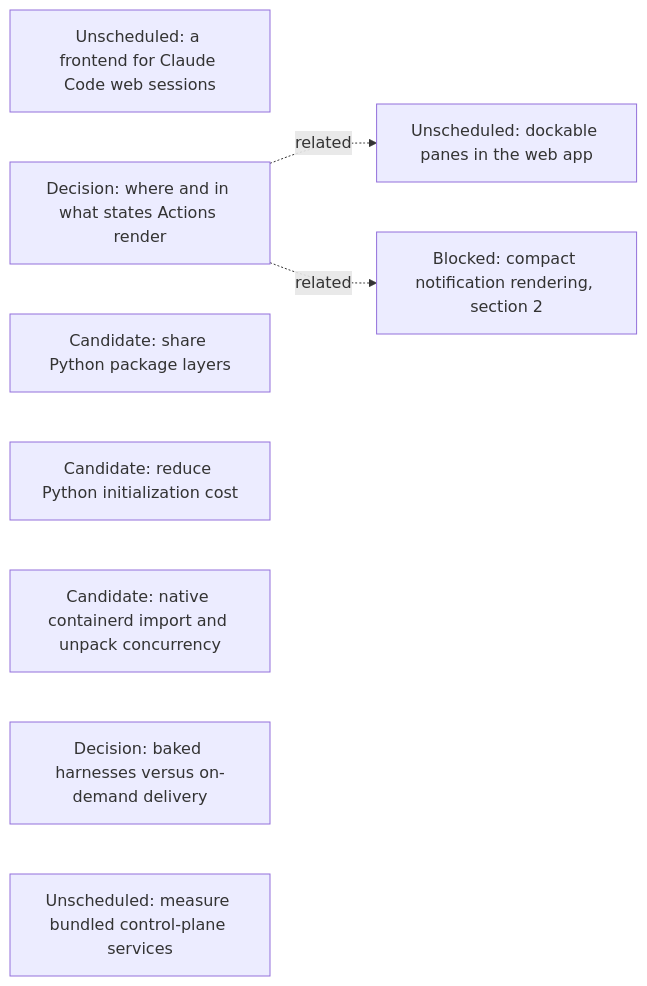
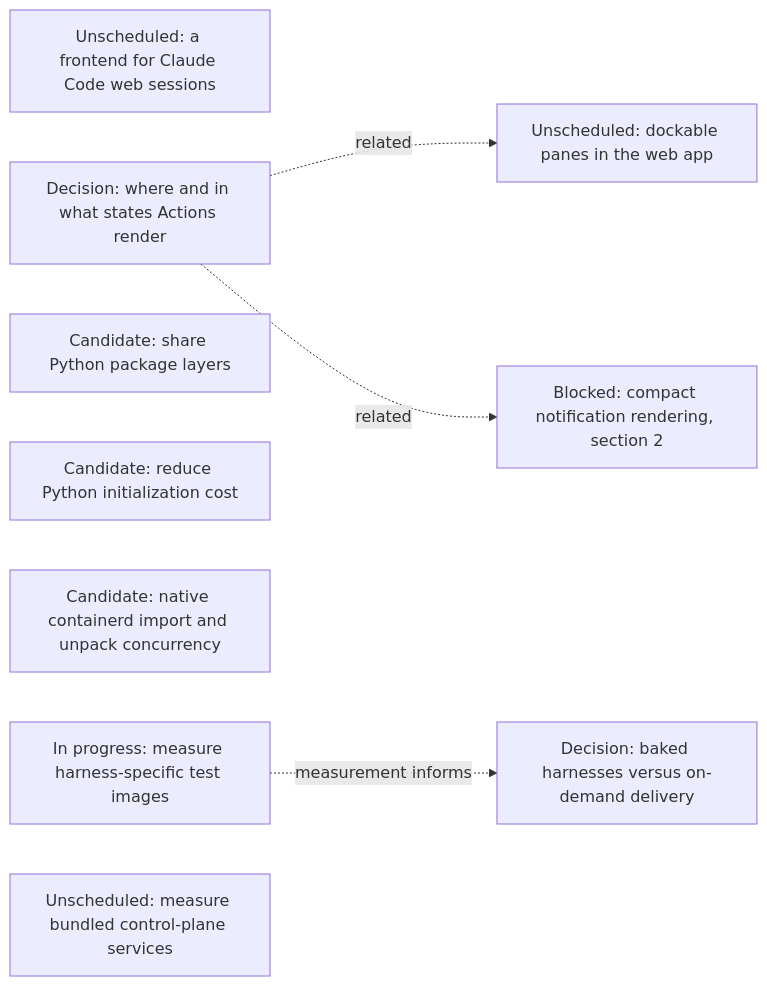
Before and after one commit to agentydragon/ducktape: the seventh of 16 diagrams in agentplane/plans/task_dag.md, drawn with Mermaid. The commit also changed other lines of this file, not shown here.

Commit message:
docs(agentplane): separate image measurement from delivery design

````diff
--- a/agentplane/plans/task_dag.md
+++ b/agentplane/plans/task_dag.md
@@ -583,14 +583,16 @@
 ```mermaid
 flowchart LR
     CLAUDE_CODE_WEB_BRIDGE[Unscheduled: a frontend for Claude Code web sessions]
     ACTION_SURFACES_DESIGN[Decision: where and in what states Actions render]
     K3S_SHARED_PACKAGE_LAYERS[Candidate: share Python package layers]
     K3S_PYTHON_INITIALIZATION[Candidate: reduce Python initialization cost]
     K3S_IMPORT_CONCURRENCY[Candidate: native containerd import and unpack concurrency]
+    K3S_RUNNER_IMAGE_SPLIT[In progress: measure harness-specific test images]
     RUNNER_HARNESS_DELIVERY_DESIGN[Decision: baked harnesses versus on-demand delivery]
+    K3S_RUNNER_IMAGE_SPLIT -. measurement informs .-> RUNNER_HARNESS_DELIVERY_DESIGN
     K3S_BUNDLED_SERVICES_SPIKE[Unscheduled: measure bundled control-plane services]
     DOCKABLE_PANES[Unscheduled: dockable panes in the web app]
     ACTION_SURFACES_DESIGN -. related .-> DOCKABLE_PANES
     NOTIFICATION_PRESENTATION[Blocked: compact notification rendering, section 2]
     ACTION_SURFACES_DESIGN -. related .-> NOTIFICATION_PRESENTATION
 ```
````
